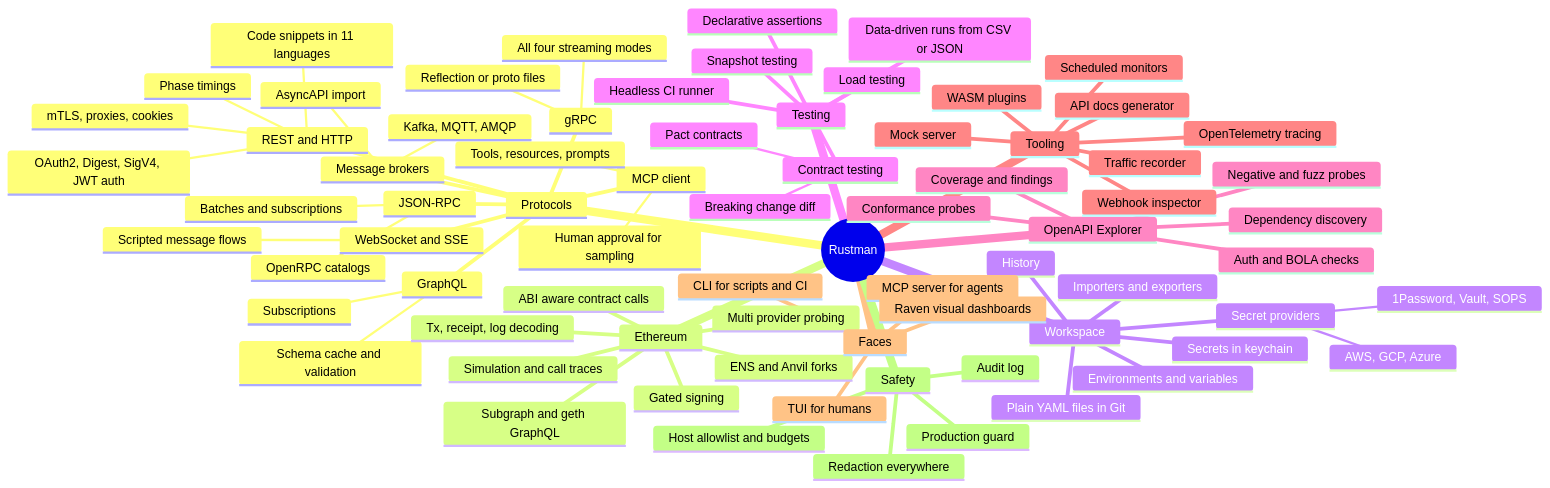
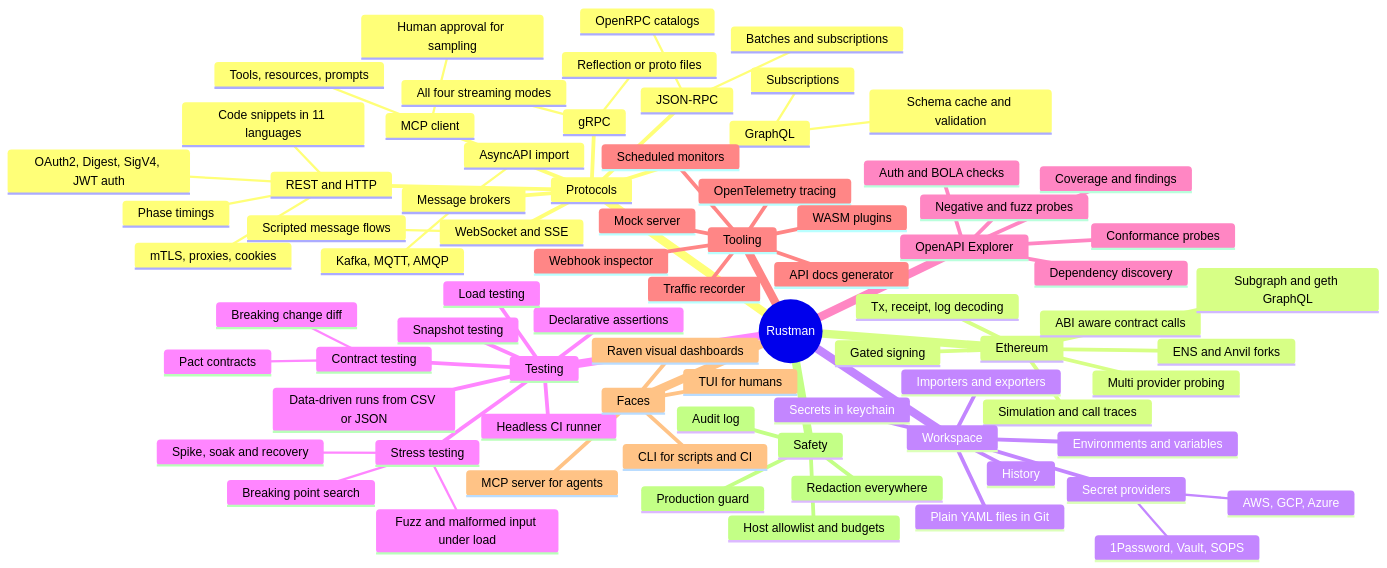
One commit to CyberdyneCorp/rustman changed the first of 2 diagrams in README.md. Above: the diagram before and after it, drawn with Mermaid. The commit also changed other lines of this file and 7 other files, not shown here.

First line of the commit message:
Spec stress testing: breaking-point search, fuzz under load, wire faults

````diff
--- a/README.md
+++ b/README.md
@@ -28,77 +29,81 @@
 ```mermaid
 mindmap
   root((Rustman))
     Protocols
       REST and HTTP
         OAuth2, Digest, SigV4, JWT auth
         Code snippets in 11 languages
         mTLS, proxies, cookies
         Phase timings
       GraphQL
         Schema cache and validation
         Subscriptions
       MCP client
         Tools, resources, prompts
         Human approval for sampling
       gRPC
         Reflection or proto files
         All four streaming modes
       WebSocket and SSE
         Scripted message flows
       Message brokers
         Kafka, MQTT, AMQP
         AsyncAPI import
       JSON-RPC
         Batches and subscriptions
         OpenRPC catalogs
     Ethereum
       ABI aware contract calls
       Tx, receipt, log decoding
       Simulation and call traces
       ENS and Anvil forks
       Gated signing
       Multi provider probing
       Subgraph and geth GraphQL
     Workspace
       Plain YAML files in Git
       Environments and variables
       Secrets in keychain
       Secret providers
         1Password, Vault, SOPS
         AWS, GCP, Azure
       Importers and exporters
       History
     Testing
       Declarative assertions
       Snapshot testing
       Headless CI runner
       Data-driven runs from CSV or JSON
       Load testing
+      Stress testing
+        Breaking point search
+        Fuzz and malformed input under load
+        Spike, soak and recovery
       Contract testing
         Breaking change diff
         Pact contracts
     OpenAPI Explorer
       Dependency discovery
       Conformance probes
       Negative and fuzz probes
       Auth and BOLA checks
       Coverage and findings
     Tooling
       Mock server
       Traffic recorder
       Webhook inspector
       Scheduled monitors
       API docs generator
       OpenTelemetry tracing
       WASM plugins
     Faces
       TUI for humans
       CLI for scripts and CI
       MCP server for agents
       Raven visual dashboards
     Safety
       Host allowlist and budgets
       Production guard
       Redaction everywhere
       Audit log
 ```
````
